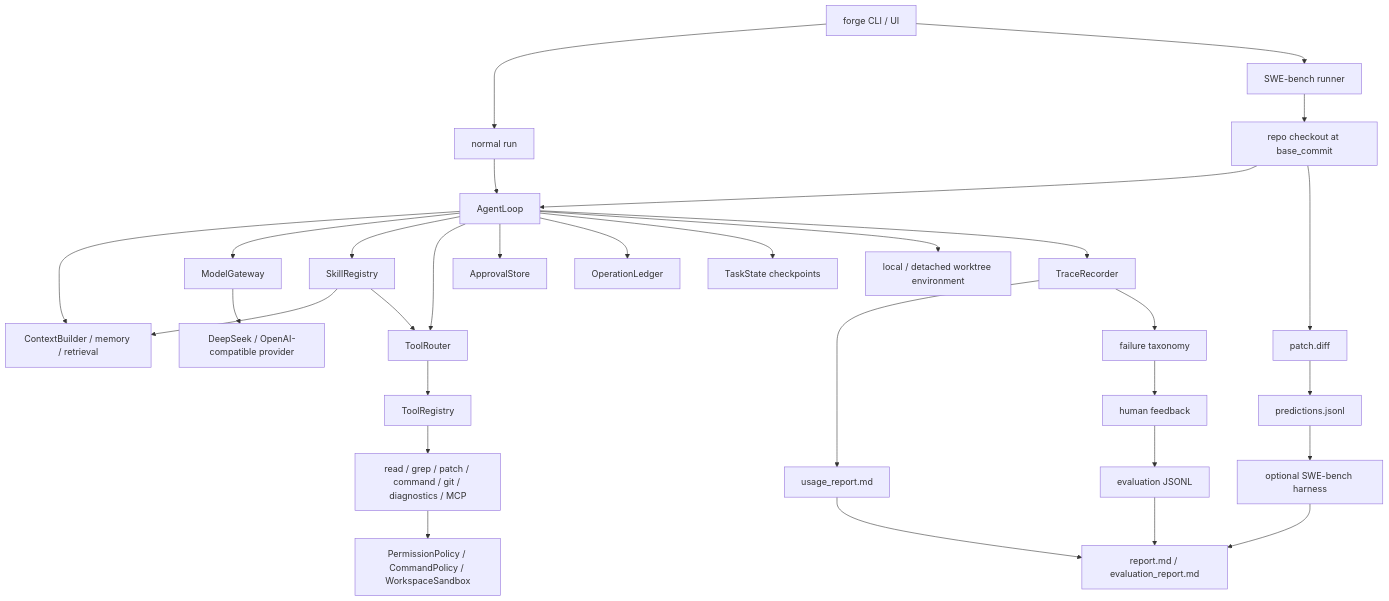
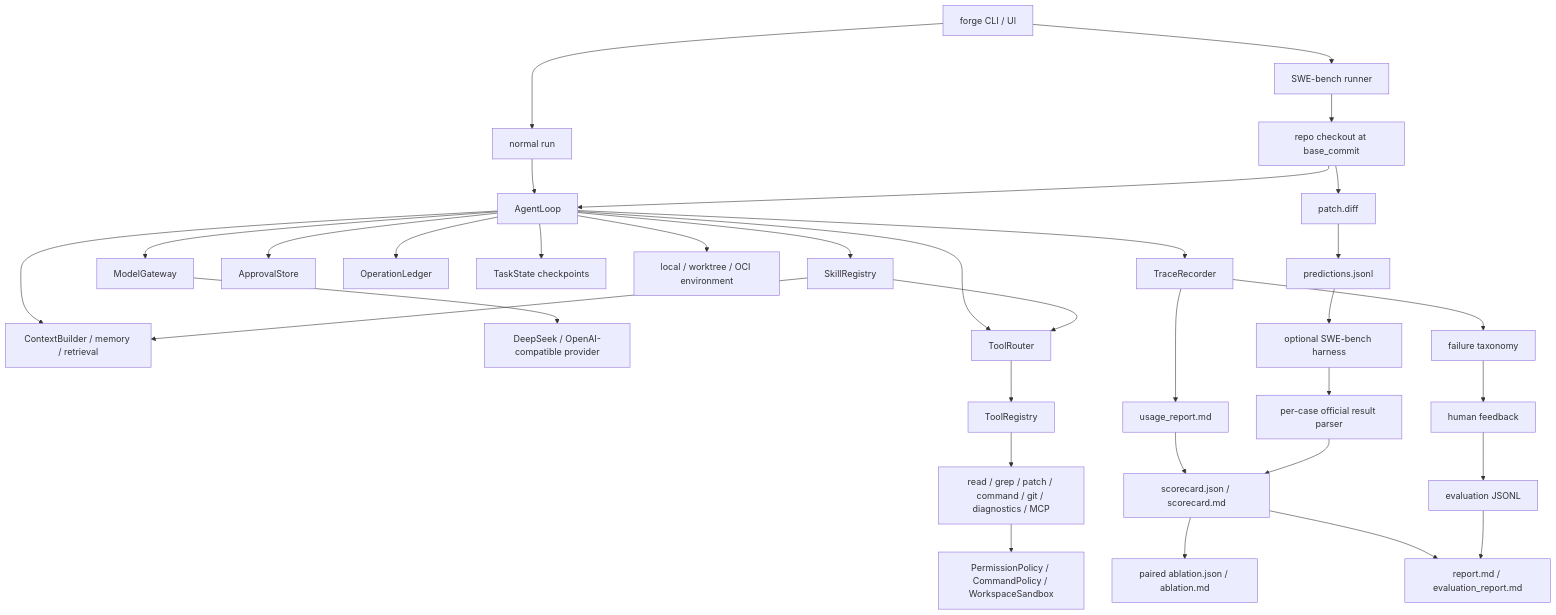
One commit to semi-hollow/NanoHarness changed the diagram in README.md. Above: the diagram before and after it, drawn with Mermaid. The commit also changed other lines of this file and 49 other files, not shown here.

Commit message:
Add reproducible evaluation and OCI execution

````diff
--- a/README.md
+++ b/README.md
@@ -171,33 +233,36 @@
 ```mermaid
 flowchart TD
     CLI["forge CLI / UI"] --> Run["normal run"]
     CLI --> Bench["SWE-bench runner"]
     Bench --> Checkout["repo checkout at base_commit"]
     Run --> Loop["AgentLoop"]
     Checkout --> Loop
     Loop --> Context["ContextBuilder / memory / retrieval"]
     Loop --> Gateway["ModelGateway"]
     Gateway --> LLM["DeepSeek / OpenAI-compatible provider"]
     Loop --> Skills["SkillRegistry"]
     Loop --> Router["ToolRouter"]
     Skills --> Context
     Skills --> Router
     Router --> Registry["ToolRegistry"]
     Registry --> Tools["read / grep / patch / command / git / diagnostics / MCP"]
     Tools --> Safety["PermissionPolicy / CommandPolicy / WorkspaceSandbox"]
     Loop --> Approval["ApprovalStore"]
     Loop --> Ledger["OperationLedger"]
     Loop --> State["TaskState checkpoints"]
-    Loop --> Environment["local / detached worktree environment"]
+    Loop --> Environment["local / worktree / OCI environment"]
     Loop --> Trace["TraceRecorder"]
     Trace --> Usage["usage_report.md"]
     Trace --> Diagnosis["failure taxonomy"]
     Diagnosis --> Feedback["human feedback"]
     Feedback --> Dataset["evaluation JSONL"]
     Checkout --> Patch["patch.diff"]
     Patch --> Predictions["predictions.jsonl"]
     Predictions --> Official["optional SWE-bench harness"]
-    Usage --> Report["report.md / evaluation_report.md"]
-    Official --> Report
+    Official --> Parser["per-case official result parser"]
+    Usage --> Scorecard["scorecard.json / scorecard.md"]
+    Parser --> Scorecard
+    Scorecard --> Ablation["paired ablation.json / ablation.md"]
+    Scorecard --> Report["report.md / evaluation_report.md"]
     Dataset --> Report
 ```
````
